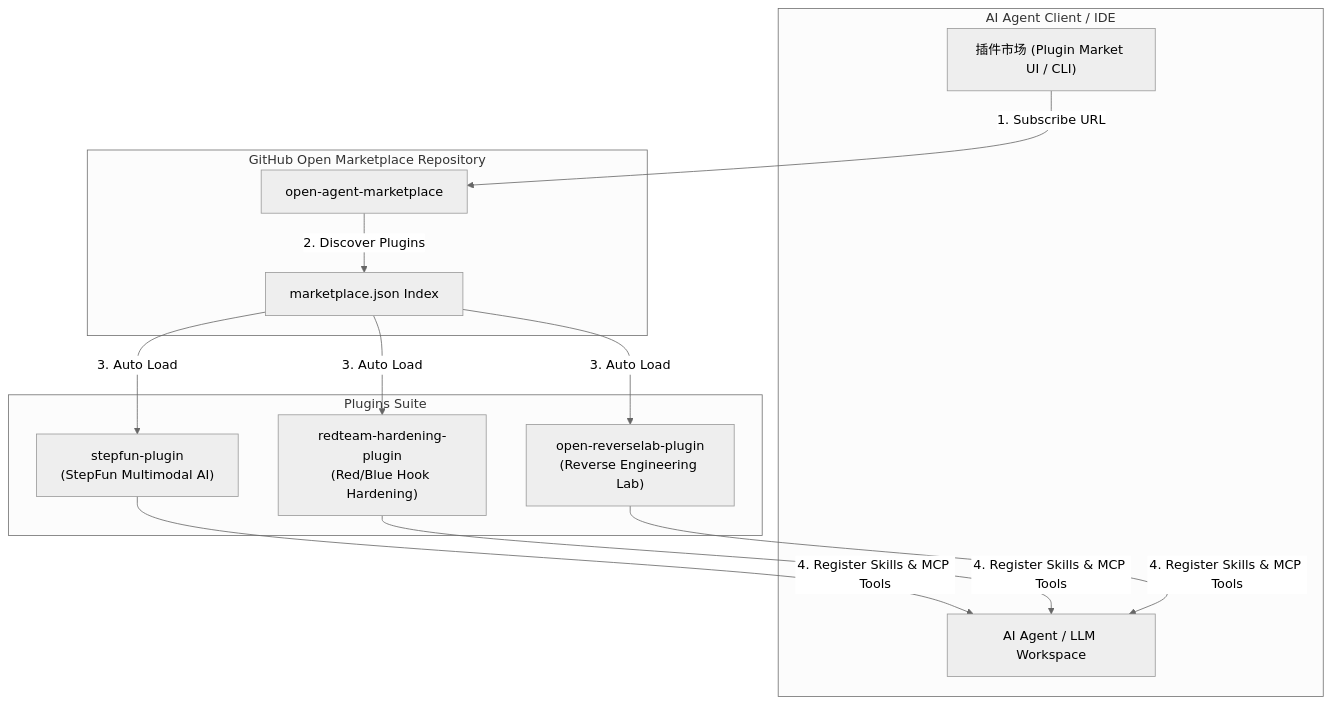
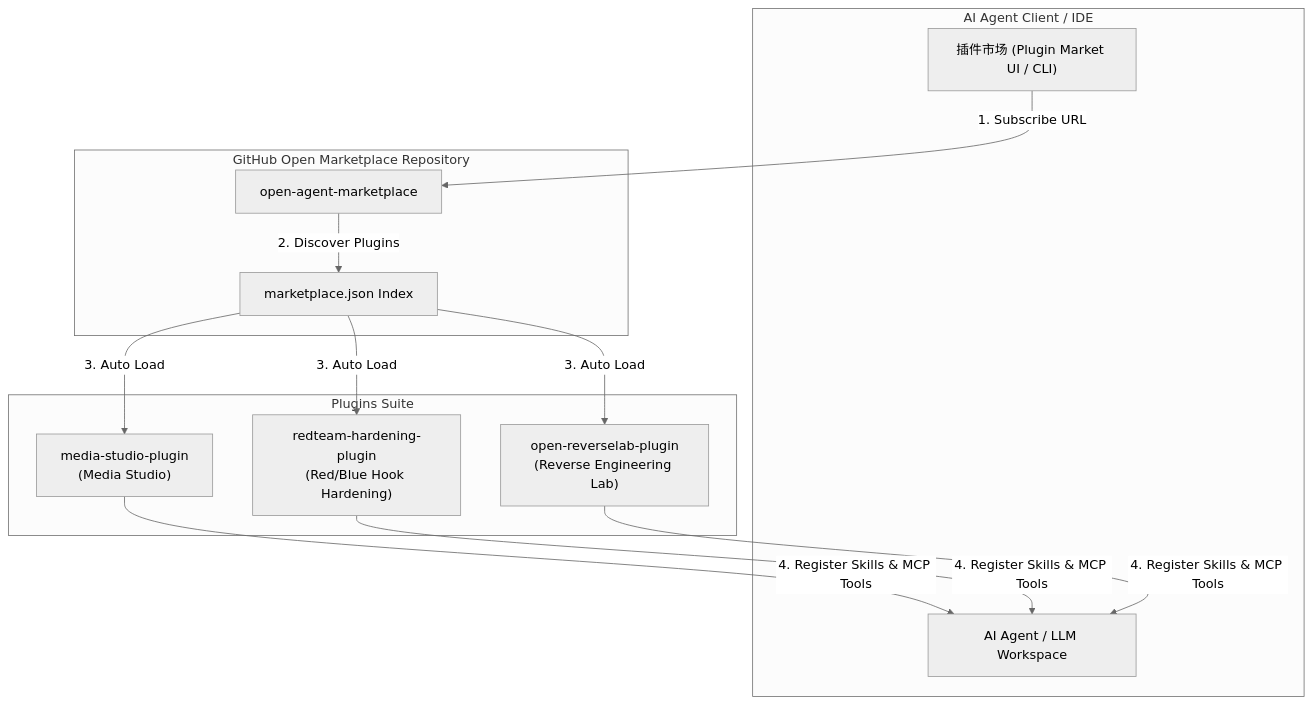
The diagram in README.md (lingxiaoyiyu-hub/open-agent-marketplace), drawn with Mermaid (neutral theme) before and after one commit. The commit also changed other lines of this file and 35 other files, not shown here.

First line of the commit message:
refactor: stepfun-plugin 重命名为 media-studio，解耦供应商命名

````diff
--- a/README.md
+++ b/README.md
@@ -28,23 +28,23 @@
 ```mermaid
 flowchart TD
     subgraph AI Agent Client / IDE
         Agent[AI Agent / LLM Workspace]
         MarketplaceUI["插件市场 (Plugin Market UI / CLI)"]
     end
 
     subgraph GitHub Open Marketplace Repository
         Repo["open-agent-marketplace"]
         Manifest["marketplace.json Index"]
     end
 
     subgraph Plugins Suite
-        P1["stepfun-plugin\n(StepFun Multimodal AI)"]
+        P1["media-studio-plugin\n(Media Studio)"]
         P2["redteam-hardening-plugin\n(Red/Blue Hook Hardening)"]
         P3["open-reverselab-plugin\n(Reverse Engineering Lab)"]
     end
 
     MarketplaceUI -->|1. Subscribe URL| Repo
     Repo -->|2. Discover Plugins| Manifest
     Manifest -->|3. Auto Load| P1 & P2 & P3
     P1 & P2 & P3 -->|4. Register Skills & MCP Tools| Agent
 ```
````
